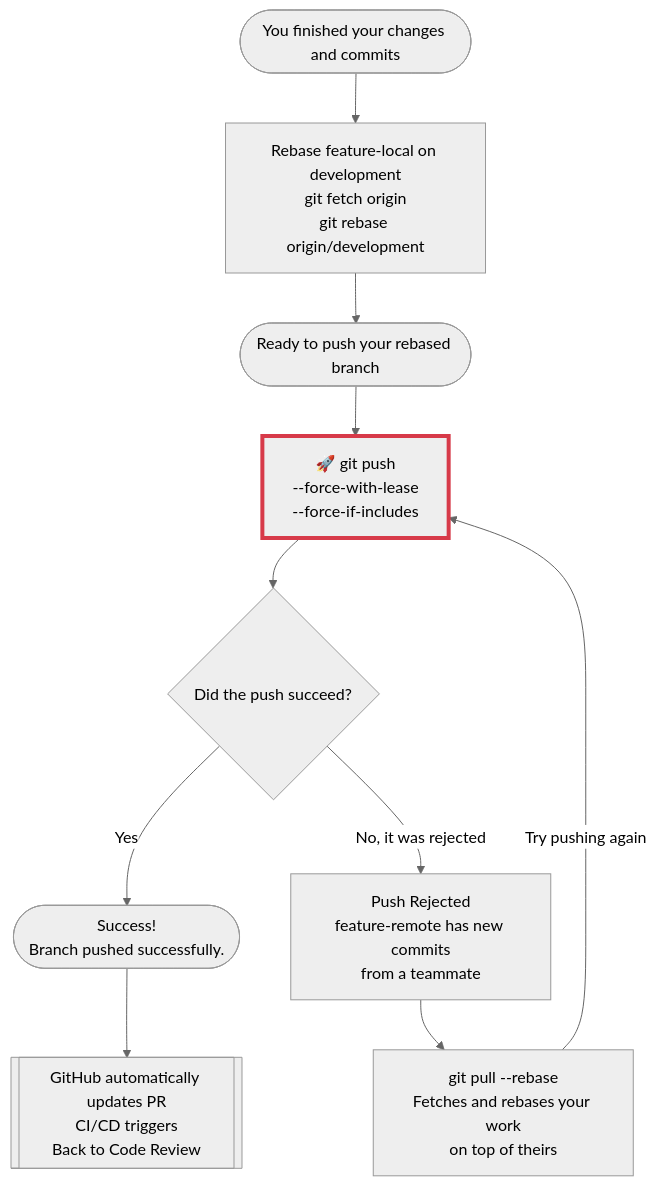
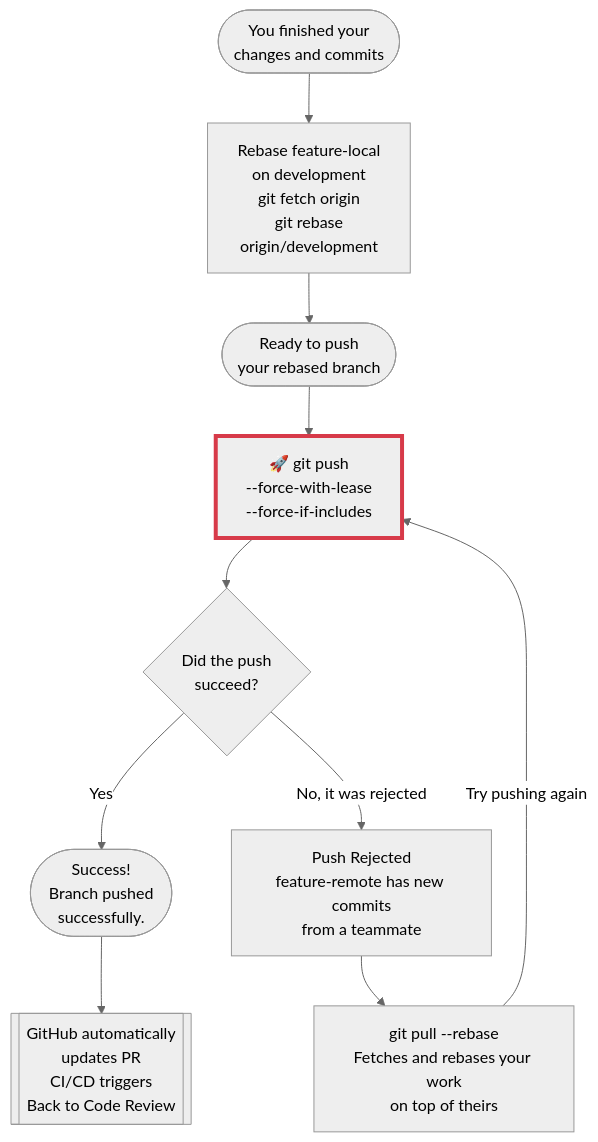
Before and after one commit to zurcacielos/git-rebase-explained-to-infinity: the second of 14 diagrams in README.md, drawn with Mermaid (neutral theme). The commit also changed other lines of this file, not shown here.

Commit message:
Ultra-aggressive line wrapping on all Mermaid diagram nodes

````diff
--- a/README.md
+++ b/README.md
@@ -93,32 +101,39 @@
 ```mermaid
 flowchart TD
-    Start(["`You finished your changes and commits`"]) --> RebaseLocal["`Rebase feature-local on development
+    Start(["`You finished your
+    changes and commits`"]) --> RebaseLocal["`Rebase feature-local
+    on development
     git fetch origin
-    git rebase origin/development`"]
+    git rebase
+    origin/development`"]
     
-    RebaseLocal --> Ready(["`Ready to push your rebased branch`"])
+    RebaseLocal --> Ready(["`Ready to push
+    your rebased branch`"])
     
     Ready --> Push1["`🚀 git push
     --force-with-lease
     --force-if-includes`"]
     style Push1 stroke:#d73a49,stroke-width:4px
     
-    Push1 --> Check1{"`Did the push succeed?`"}
+    Push1 --> Check1{"`Did the push
+    succeed?`"}
     
     Check1 -- Yes --> Success1(["`Success!
-    Branch pushed successfully.`"])
+    Branch pushed
+    successfully.`"])
     
-    Success1 --> AutoPR[["`GitHub automatically updates PR
+    Success1 --> AutoPR[["`GitHub automatically
+    updates PR
     CI/CD triggers
     Back to Code Review`"]]
     
     Check1 -- No, it was rejected --> Rejected["`Push Rejected
     feature-remote has new commits
     from a teammate`"]
     
     Rejected --> PullRebase["`git pull --rebase
     Fetches and rebases your work
     on top of theirs`"]
     
     PullRebase -->|Try pushing again| Push1
 ```
````
